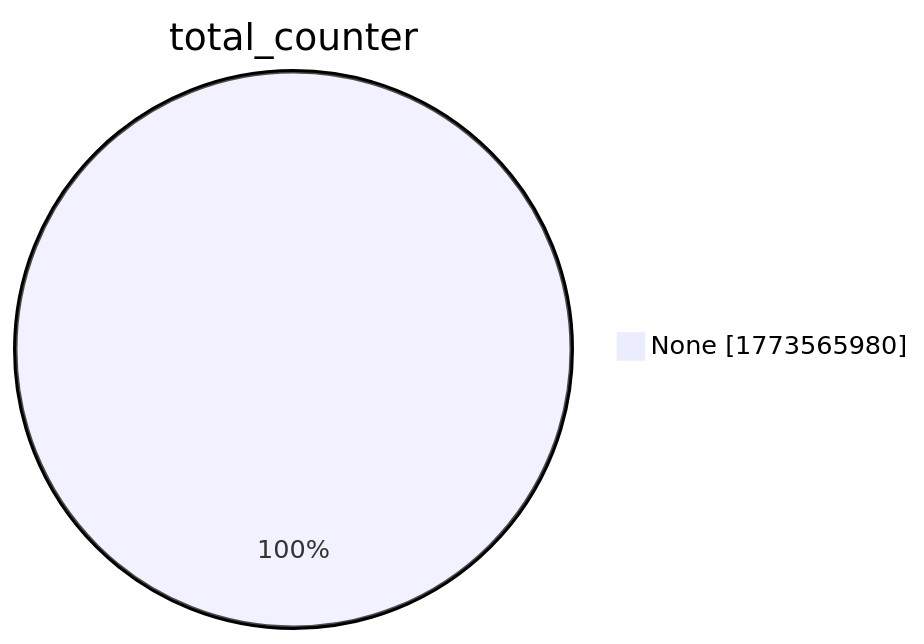
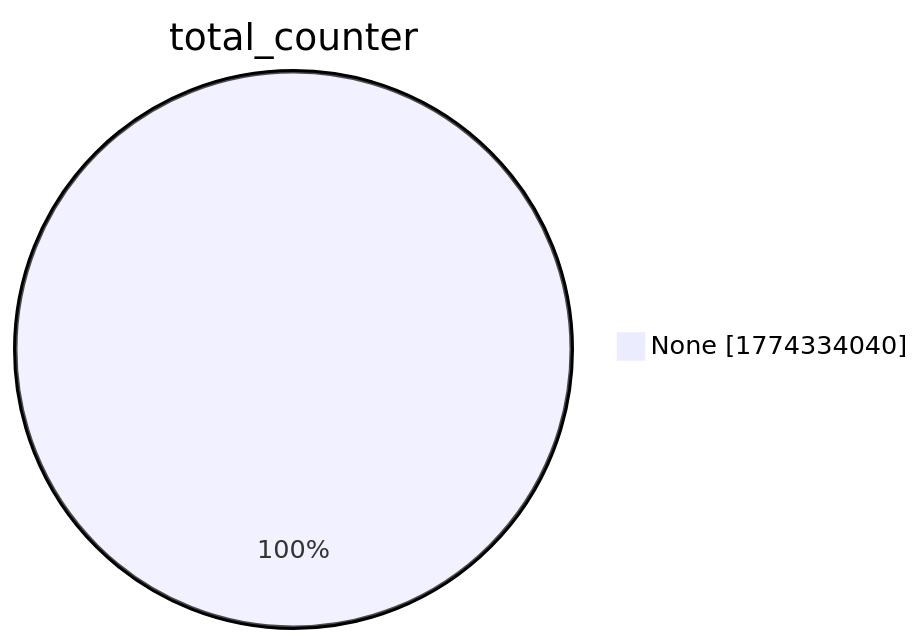
Before and after one commit to christiankrug/ctmonitor_visualization: the second of 15 diagrams in xenon2022/README.md, drawn with Mermaid. The commit also changed other lines of this file, not shown here.

````diff
--- a/xenon2022/README.md
+++ b/xenon2022/README.md
@@ -9,5 +9,5 @@
 ```mermaid
 pie showData
 title total_counter
-"None" :1773565980
+"None" :1774334040
 ```
````
